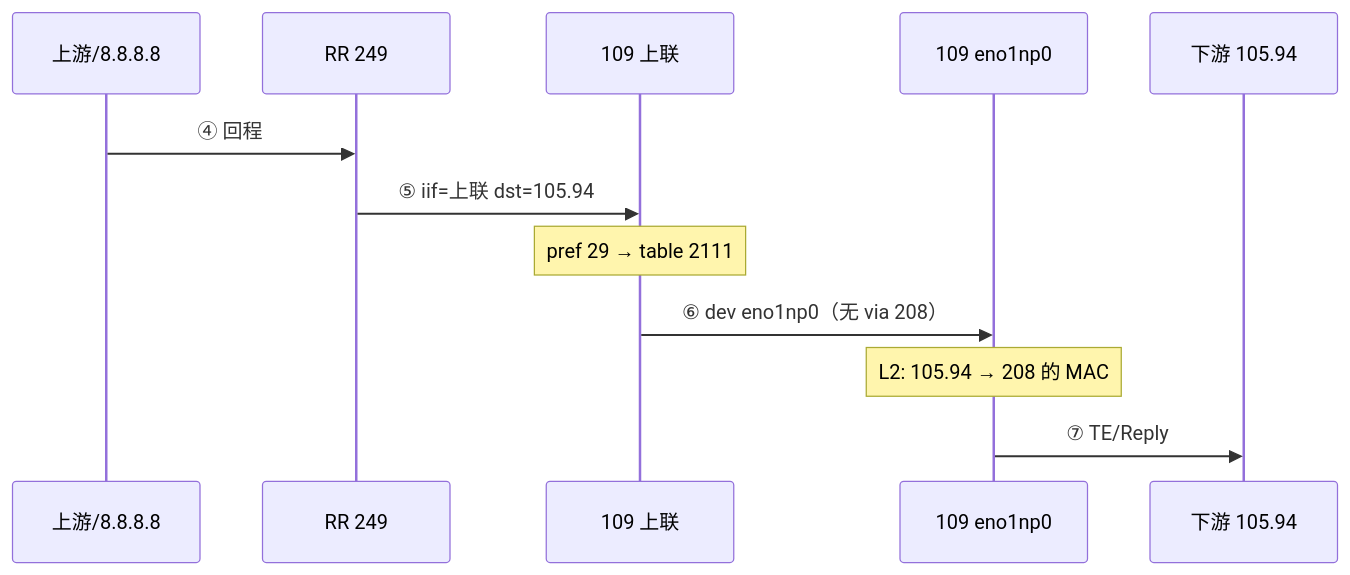
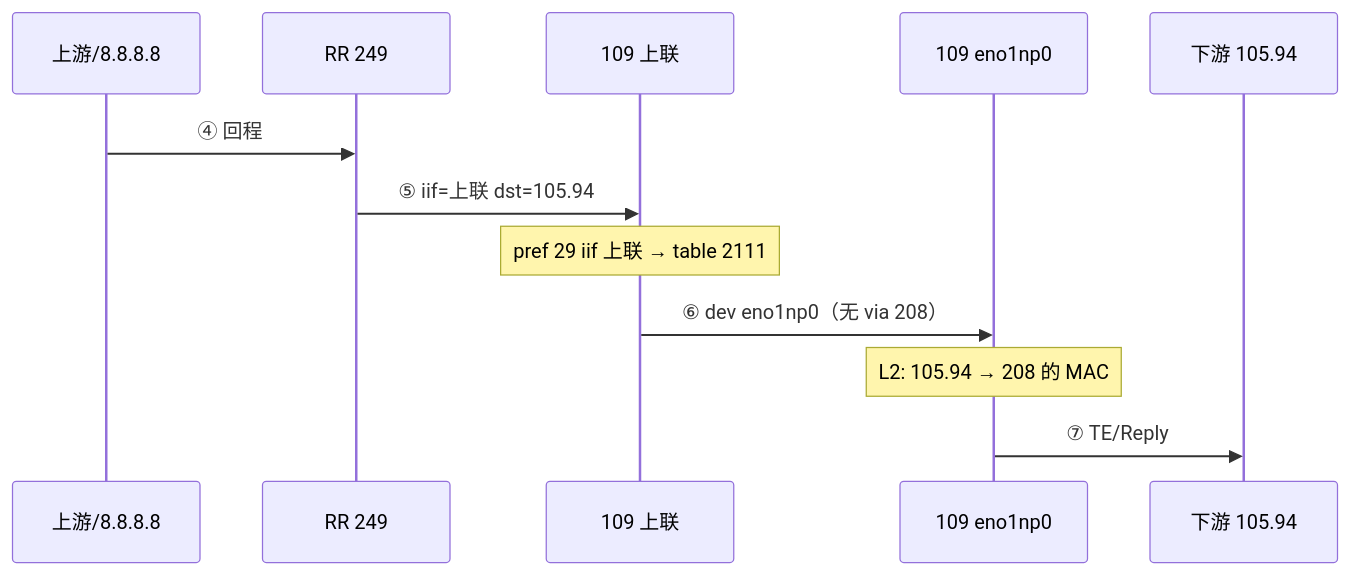
The second of 2 diagrams in docs/MTR_DOWNSTREAM_TRANSIT_109.md (hexiaoyuchina/mtr_project), drawn with Mermaid before and after one commit. The commit also changed other lines of this file and 89 other files, not shown here.

````diff
--- a/docs/MTR_DOWNSTREAM_TRANSIT_109.md
+++ b/docs/MTR_DOWNSTREAM_TRANSIT_109.md
@@ -96,15 +97,15 @@
 ```mermaid
 sequenceDiagram
   participant N as 上游/8.8.8.8
   participant R as RR 249
   participant U as 109 上联
   participant D as 109 eno1np0
   participant C as 下游 105.94
 
   N->>R: ④ 回程
   R->>U: ⑤ iif=上联 dst=105.94
-  Note over U: pref 29 → table 2111
+  Note over U: pref 29 iif 上联 → table 2111
   U->>D: ⑥ dev eno1np0（无 via 208）
   Note over D: L2: 105.94 → 208 的 MAC
   D->>C: ⑦ TE/Reply
 ```
````
